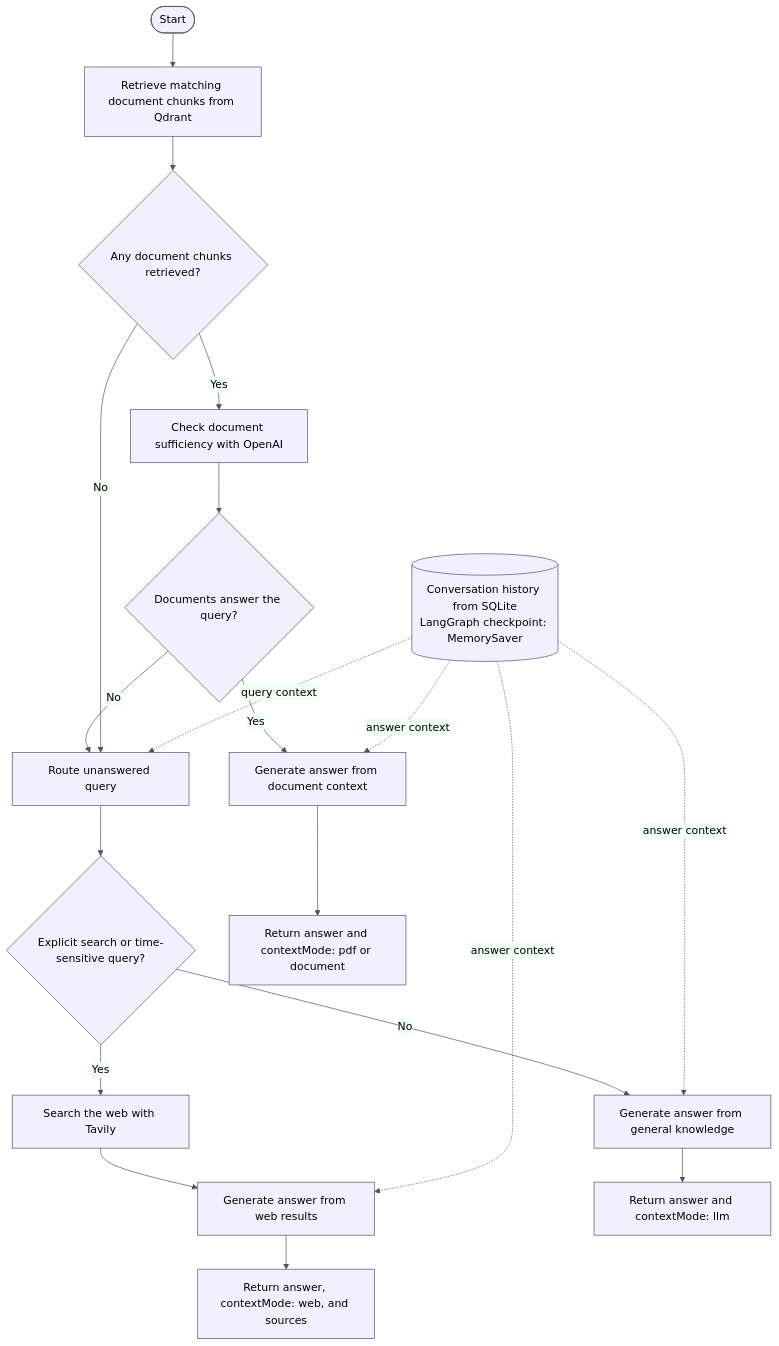
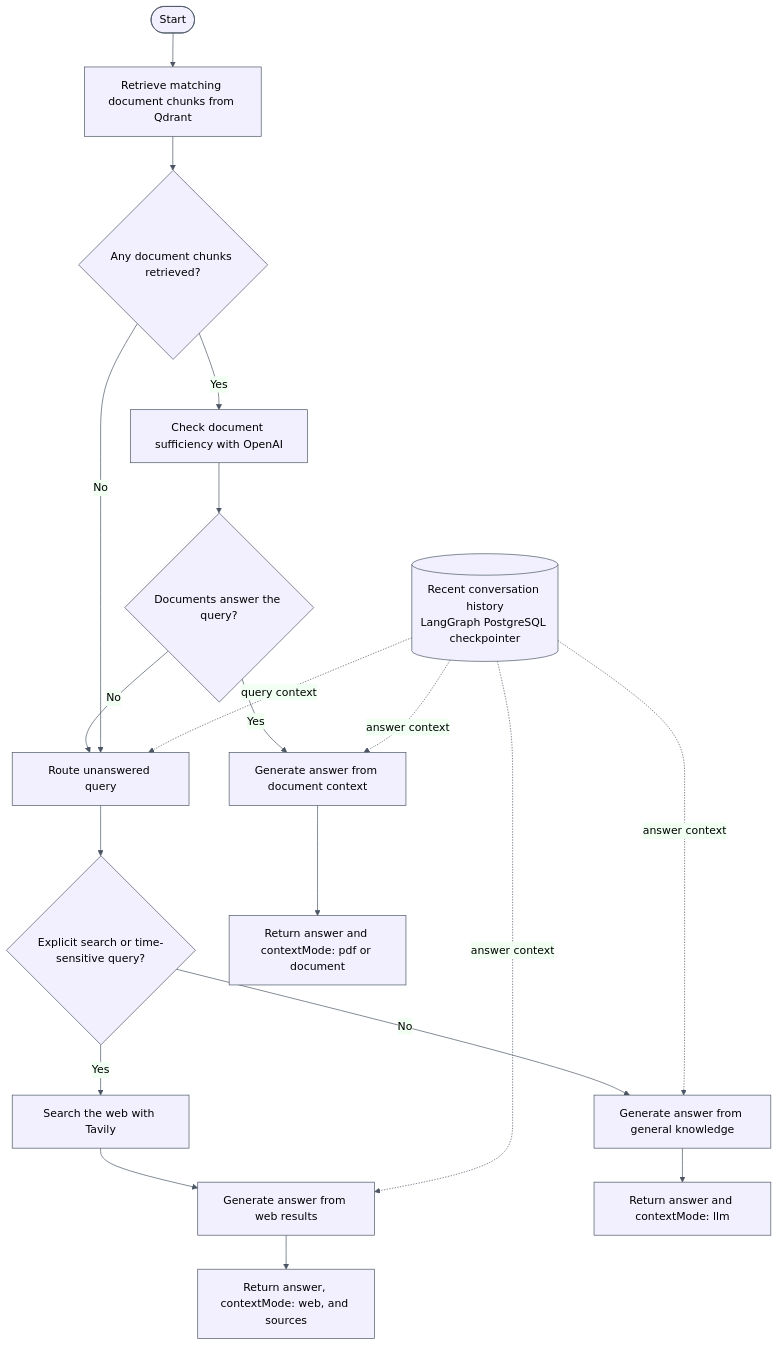
The diagram in node-chat-bot/langgraph.mmd (utk23dubey/CHATBOT), drawn with Mermaid before and after one commit. The commit also changed 10 other files, not shown here.

```diff
--- a/node-chat-bot/langgraph.mmd
+++ b/node-chat-bot/langgraph.mmd
@@ -1,24 +1,24 @@
 %%{init: {'theme': 'base', 'themeVariables': {'primaryColor': '#f2f0ff', 'primaryTextColor': '#000000', 'secondaryTextColor': '#000000', 'tertiaryTextColor': '#000000', 'lineColor': '#4b5563', 'primaryBorderColor': '#4b5563'}}}%%
 flowchart TD
     START([Start]) --> RETRIEVE["Retrieve matching document chunks from Qdrant"]
     RETRIEVE --> HAS_DOCS{"Any document chunks retrieved?"}
 
     HAS_DOCS -- Yes --> EVALUATE["Check document sufficiency with OpenAI"]
     EVALUATE --> SUFFICIENT{"Documents answer the query?"}
     SUFFICIENT -- Yes --> DOC_ANSWER["Generate answer from document context"]
     SUFFICIENT -- No --> ROUTE
 
     HAS_DOCS -- No --> ROUTE["Route unanswered query"]
     ROUTE --> NEEDS_WEB{"Explicit search or time-sensitive query?"}
     NEEDS_WEB -- Yes --> WEB["Search the web with Tavily"]
     NEEDS_WEB -- No --> LLM_ANSWER["Generate answer from general knowledge"]
     WEB --> WEB_ANSWER["Generate answer from web results"]
 
     DOC_ANSWER --> COMPLETE["Return answer and contextMode: pdf or document"]
     WEB_ANSWER --> COMPLETE_WEB["Return answer, contextMode: web, and sources"]
     LLM_ANSWER --> COMPLETE_LLM["Return answer and contextMode: llm"]
 
-    HISTORY[("Conversation history from SQLite<br/>LangGraph checkpoint: MemorySaver")] -. query context .-> ROUTE
+    HISTORY[("Recent conversation history<br/>LangGraph PostgreSQL checkpointer")] -. query context .-> ROUTE
     HISTORY -. answer context .-> DOC_ANSWER
     HISTORY -. answer context .-> WEB_ANSWER
     HISTORY -. answer context .-> LLM_ANSWER
```
